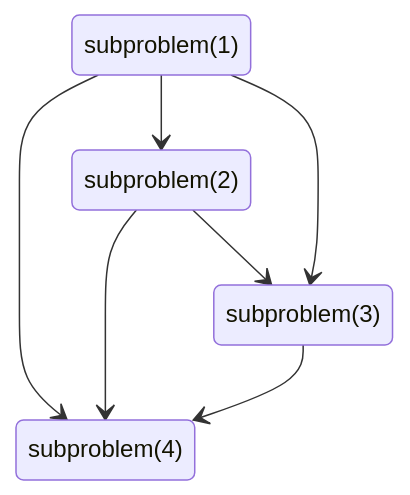
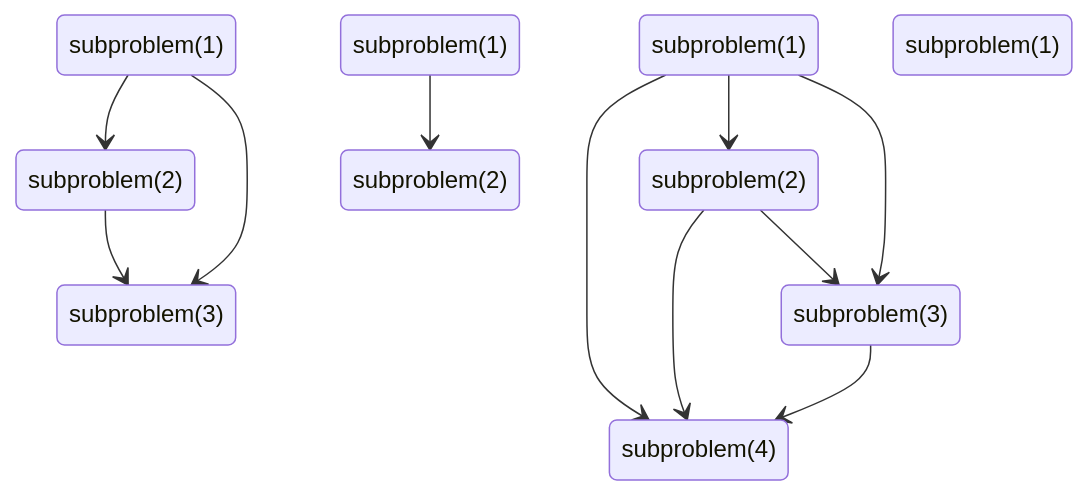
The third of 3 diagrams in algorithms-longest-increasing-subsequence.md (frankymacster/my-learnings), drawn with Mermaid before and after one commit. The commit also changed other lines of this file, not shown here.

````diff
--- a/algorithms-longest-increasing-subsequence.md
+++ b/algorithms-longest-increasing-subsequence.md
@@ -106,11 +146,31 @@
 ```mermaid
 stateDiagram-v2
-    subproblem(1) --> subproblem(4)
-    subproblem(2) --> subproblem(4)
-    subproblem(3) --> subproblem(4)
+    A : subproblem(4)
+    B : subproblem(3)
+    C : subproblem(2)
+    D : subproblem(1)
+    D --> A
+    C --> A
+    B --> A
 
-    subproblem(1) --> subproblem(2)
+    D --> C
     
-    subproblem(1) --> subproblem(3)
-    subproblem(2) --> subproblem(3)
+    D --> B
+    C --> B
+
+    AB : subproblem(3)
+    AC : subproblem(2)
+    AD : subproblem(1)
+    
+    AD --> AC
+    
+    AD --> AB
+    AC --> AB
+
+    BC : subproblem(2)
+    BD : subproblem(1)
+    
+    BD --> BC
+
+    CD : subproblem(1)
 ```
````
